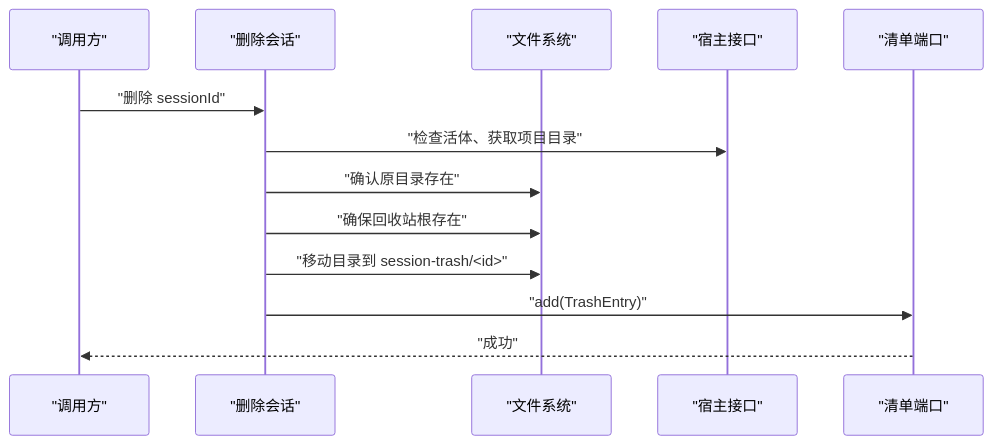
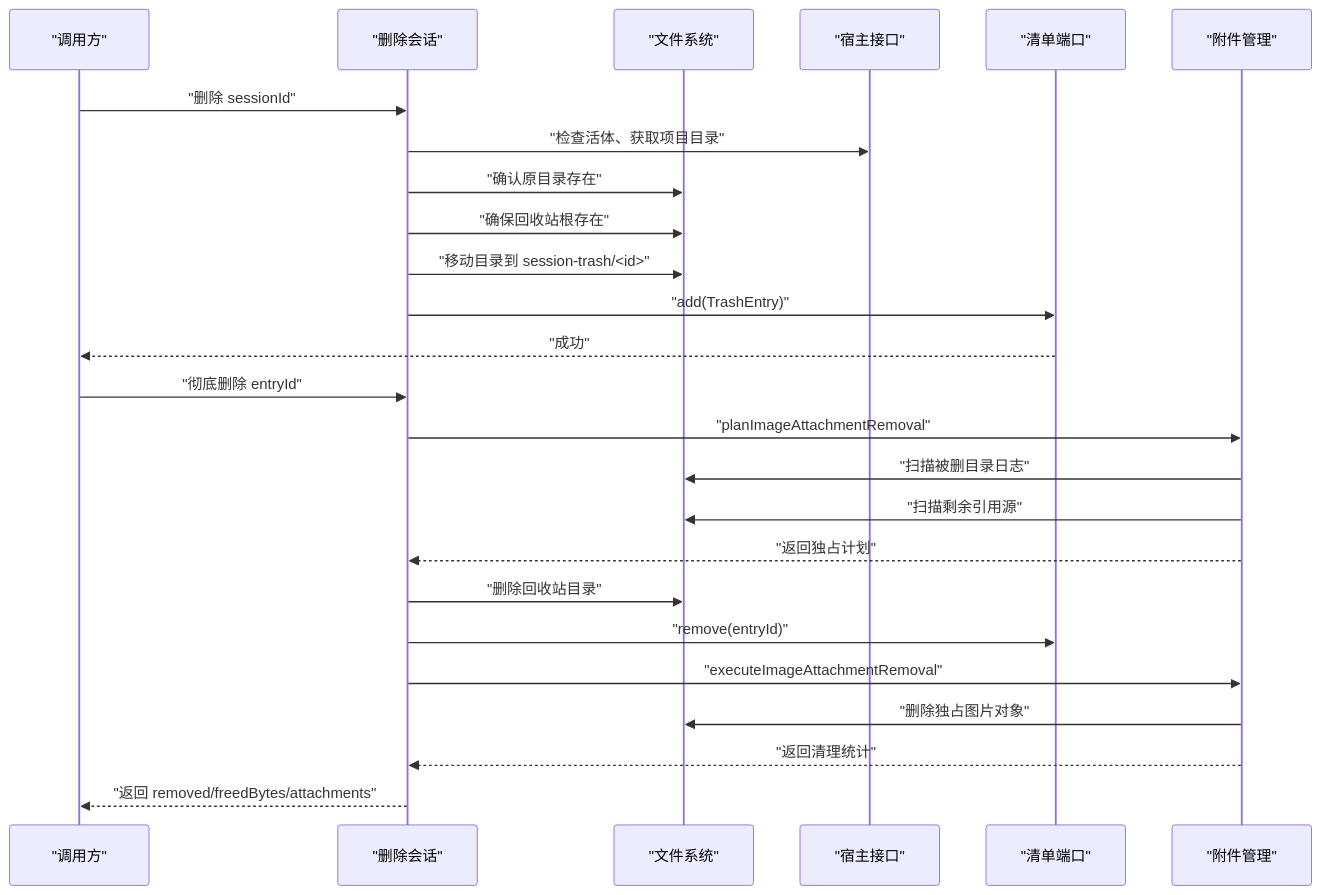
The sixth of 15 diagrams in .qoder/repowiki/zh/content/回收站领域/回收站领域.md (xrn1997/dsh-session-delete), drawn with Mermaid before and after one commit. The commit also changed other lines of this file and 36 other files, not shown here.

````diff
--- a/.qoder/repowiki/zh/content/回收站领域/回收站领域.md
+++ b/.qoder/repowiki/zh/content/回收站领域/回收站领域.md
@@ -167,16 +265,29 @@
 ```mermaid
 sequenceDiagram
   participant Client as "调用方"
   participant Delete as "删除会话"
   participant Fs as "文件系统"
   participant Host as "宿主接口"
   participant Manifest as "清单端口"
+  participant Attachments as "附件管理"
 
   Client->>Delete: "删除 sessionId"
   Delete->>Host: "检查活体、获取项目目录"
   Delete->>Fs: "确认原目录存在"
   Delete->>Fs: "确保回收站根存在"
   Delete->>Fs: "移动目录到 session-trash/<id>"
   Delete->>Manifest: "add(TrashEntry)"
   Manifest-->>Client: "成功"
+  
+  Client->>Delete: "彻底删除 entryId"
+  Delete->>Attachments: "planImageAttachmentRemoval"
+  Attachments->>Fs: "扫描被删目录日志"
+  Attachments->>Fs: "扫描剩余引用源"
+  Attachments-->>Delete: "返回独占计划"
+  Delete->>Fs: "删除回收站目录"
+  Delete->>Manifest: "remove(entryId)"
+  Delete->>Attachments: "executeImageAttachmentRemoval"
+  Attachments->>Fs: "删除独占图片对象"
+  Attachments-->>Delete: "返回清理统计"
+  Delete-->>Client: "返回 removed/freedBytes/attachments"
 ```
````
